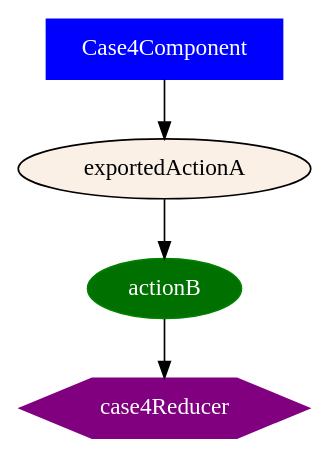
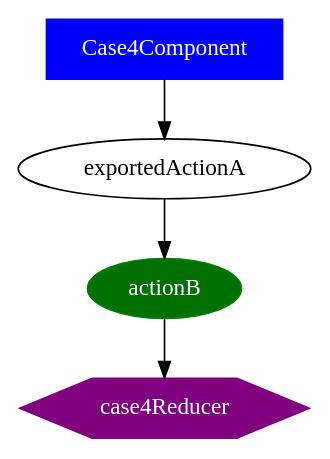
Before and after one commit to ammarnajjar/ngrx-graph: the diagram in docs/examples/case4/out/actionB.dot, drawn with Graphviz. The commit also changed 50 other files, not shown here.

First line of the commit message:
feat: add DOT file generation and SVG support for action graphs

```diff
--- a/docs/examples/case4/out/actionB.dot
+++ b/docs/examples/case4/out/actionB.dot
@@ -1,9 +1,8 @@
 digraph {
 Case4Component [shape="box", color=blue, fillcolor=blue, fontcolor=white, style=filled]
 actionB [color=green, fillcolor="#007000", fontcolor=white, style=filled]
-exportedActionA [fillcolor=linen, style=filled]
 case4Reducer [shape="hexagon", color=purple, fillcolor=purple, fontcolor=white, style=filled]
 Case4Component -> exportedActionA
+actionB -> case4Reducer
 exportedActionA -> actionB
-actionB -> case4Reducer
 }
```
